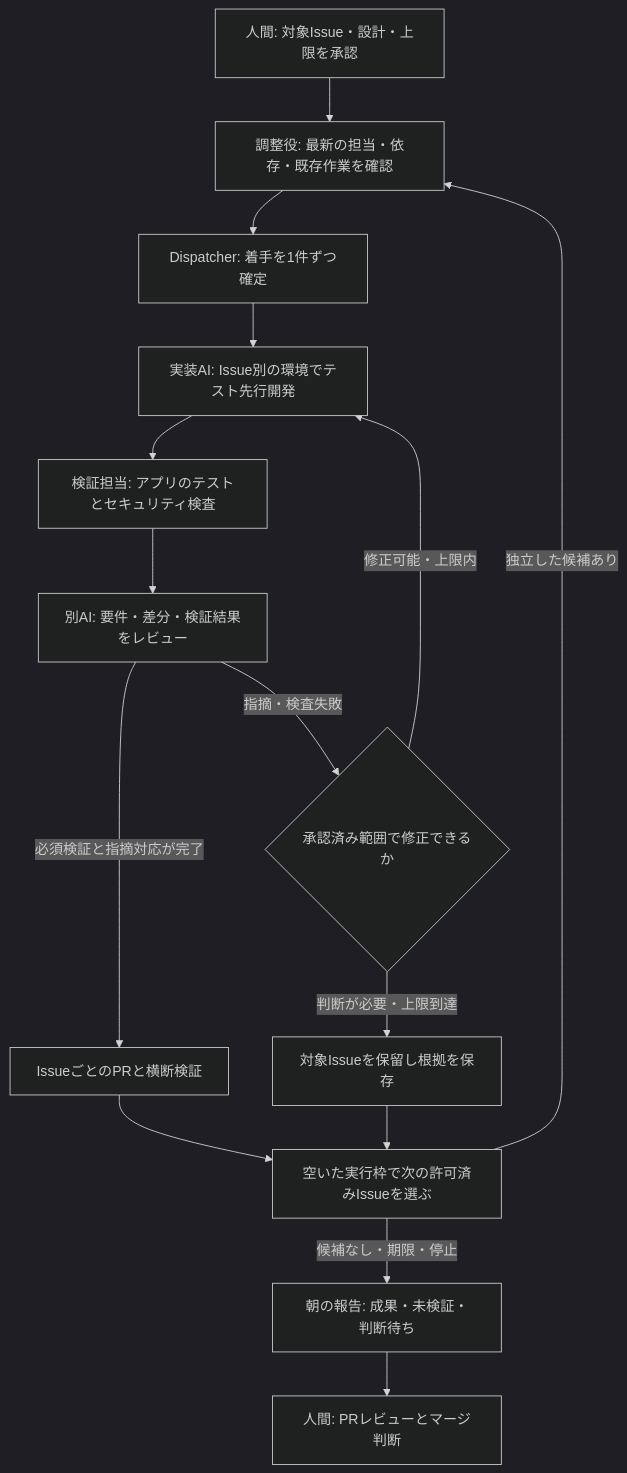
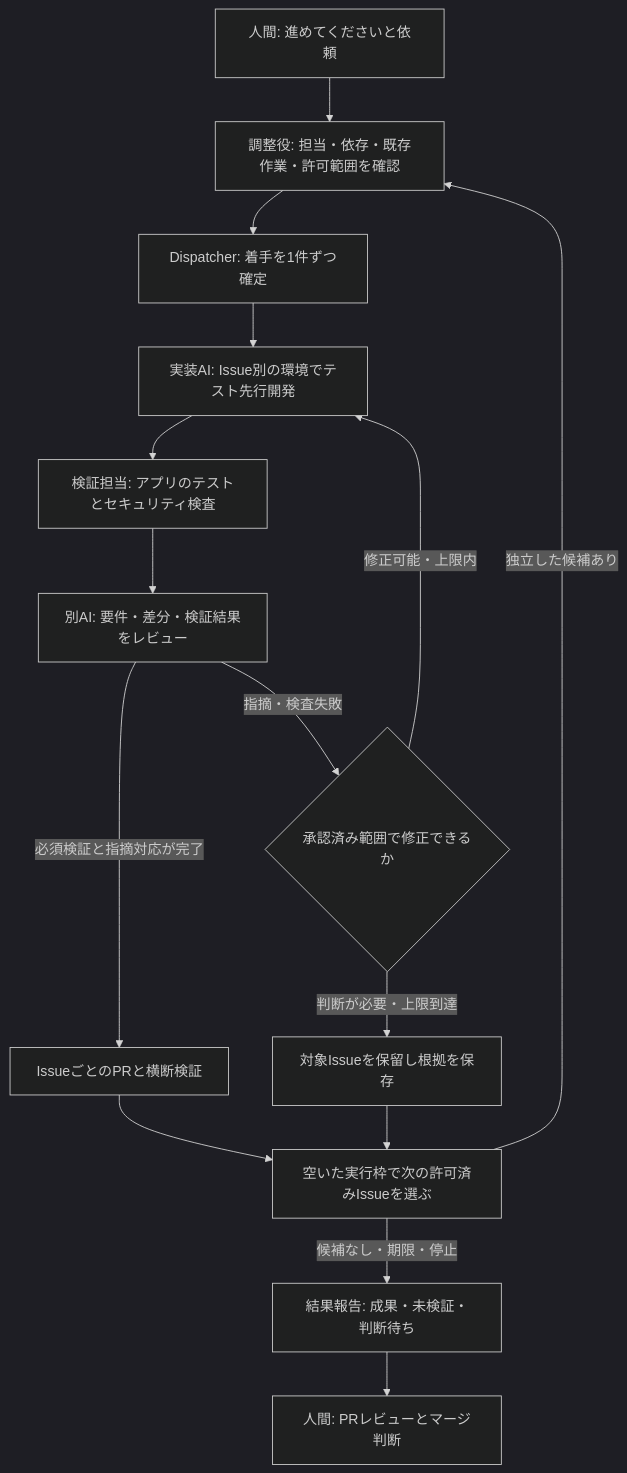
One commit to gorillaimo/ai-driven-dev-template changed the diagram in docs/common/autonomous-development-design.md. Above: the diagram before and after it, drawn with Mermaid (dark theme). The commit also changed other lines of this file and 2 other files, not shown here.

````diff
--- a/docs/common/autonomous-development-design.md
+++ b/docs/common/autonomous-development-design.md
@@ -24,17 +26,17 @@
 ```mermaid
 flowchart TD
-    A[人間: 対象Issue・設計・上限を承認] --> B[調整役: 最新の担当・依存・既存作業を確認]
+    A[人間: 進めてくださいと依頼] --> B[調整役: 担当・依存・既存作業・許可範囲を確認]
     B --> C[Dispatcher: 着手を1件ずつ確定]
     C --> D[実装AI: Issue別の環境でテスト先行開発]
     D --> E[検証担当: アプリのテストとセキュリティ検査]
     E --> F[別AI: 要件・差分・検証結果をレビュー]
     F -->|指摘・検査失敗| G{承認済み範囲で修正できるか}
     G -->|修正可能・上限内| D
     G -->|判断が必要・上限到達| H[対象Issueを保留し根拠を保存]
     F -->|必須検証と指摘対応が完了| I[IssueごとのPRと横断検証]
     I --> J[空いた実行枠で次の許可済みIssueを選ぶ]
     H --> J
     J -->|独立した候補あり| B
-    J -->|候補なし・期限・停止| K[朝の報告: 成果・未検証・判断待ち]
+    J -->|候補なし・期限・停止| K[結果報告: 成果・未検証・判断待ち]
     K --> L[人間: PRレビューとマージ判断]
 ```
````
